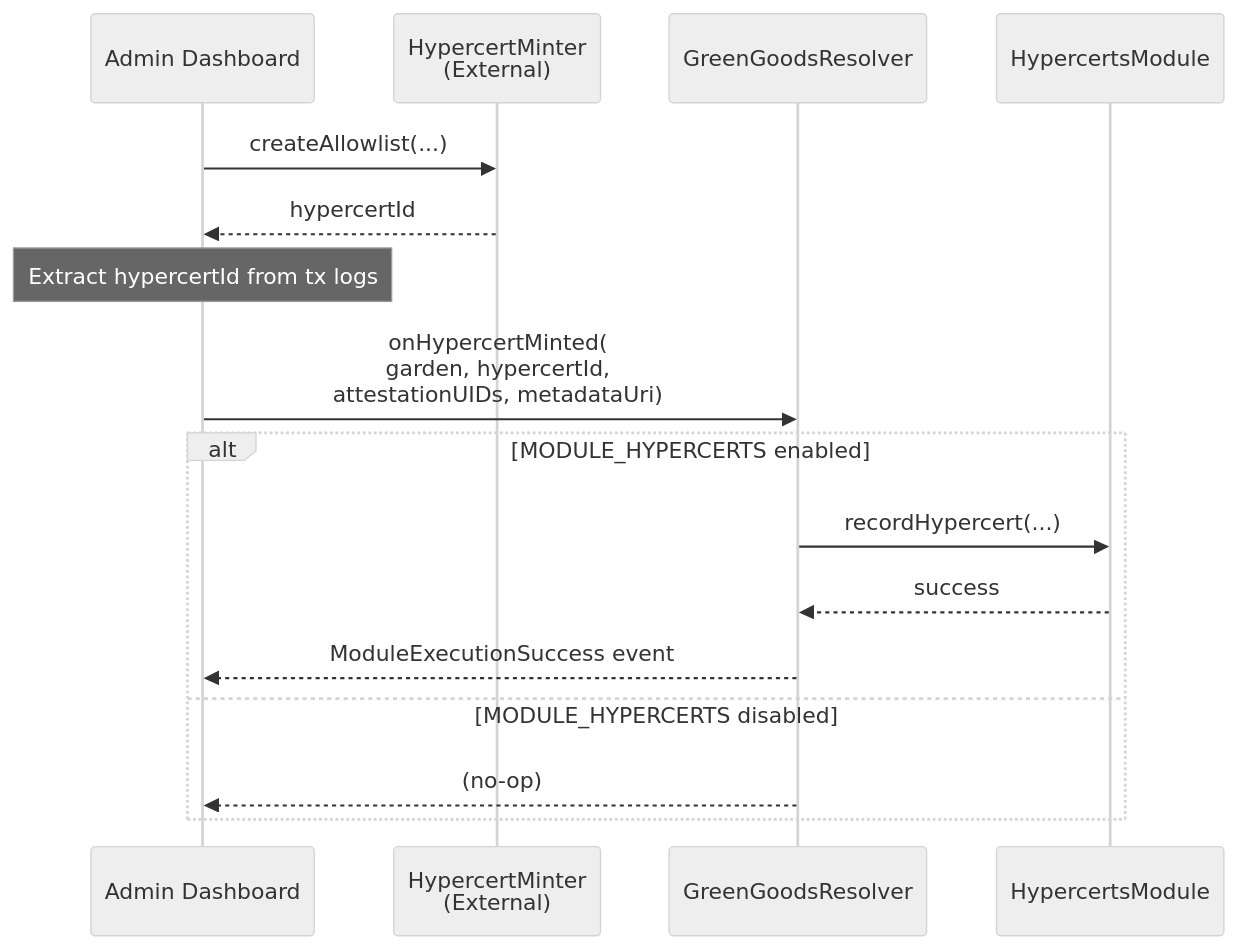
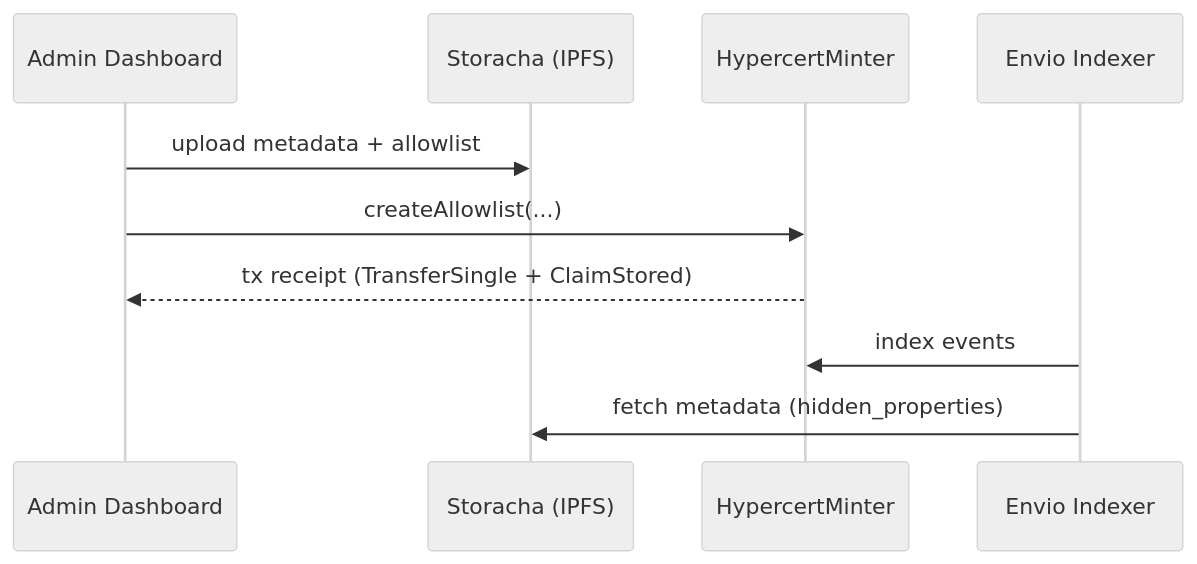
Before and after one commit to greenpill-dev-guild/green-goods: the third of 4 diagrams in docs/docs/specs/hypercerts/feature-spec.md, drawn with Mermaid (neutral theme). The commit also changed other lines of this file and 28 other files, not shown here.

````diff
--- a/docs/docs/specs/hypercerts/feature-spec.md
+++ b/docs/docs/specs/hypercerts/feature-spec.md
@@ -815,22 +819,14 @@
 ```mermaid
 sequenceDiagram
     participant Client as Admin Dashboard
-    participant HCMinter as HypercertMinter<br/>(External)
-    participant GGResolver as GreenGoodsResolver
-    participant HCModule as HypercertsModule
+    participant IPFS as Storacha (IPFS)
+    participant HCMinter as HypercertMinter
+    participant Indexer as Envio Indexer
 
+    Client->>IPFS: upload metadata + allowlist
     Client->>HCMinter: createAllowlist(...)
-    HCMinter-->>Client: hypercertId
+    HCMinter-->>Client: tx receipt (TransferSingle + ClaimStored)
 
-    Note over Client: Extract hypercertId from tx logs
-
-    Client->>GGResolver: onHypercertMinted(<br/>garden, hypercertId,<br/>attestationUIDs, metadataUri)
-
-    alt MODULE_HYPERCERTS enabled
-        GGResolver->>HCModule: recordHypercert(...)
-        HCModule-->>GGResolver: success
-        GGResolver-->>Client: ModuleExecutionSuccess event
-    else MODULE_HYPERCERTS disabled
-        GGResolver-->>Client: (no-op)
-    end
+    Indexer->>HCMinter: index events
+    Indexer->>IPFS: fetch metadata (hidden_properties)
 ```
````
